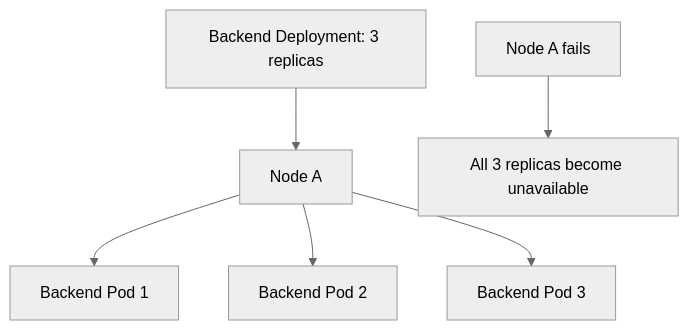
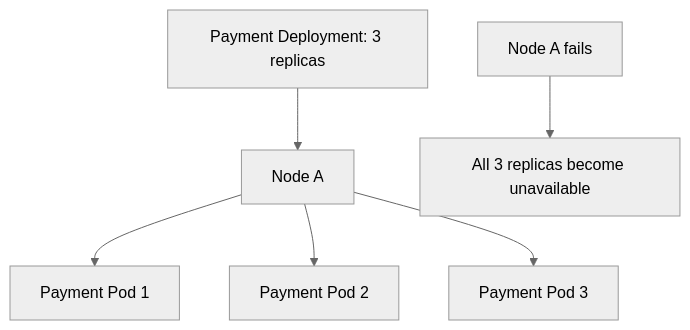
One commit to Mi2-Business-Solutions/kubernetes-demo changed the fifth of 9 diagrams in docs/pod-affinity-and-node-affinity.md. Above: the diagram before and after it, drawn with Mermaid (neutral theme). The commit also changed other lines of this file and 13 other files, not shown here.

````diff
--- a/docs/pod-affinity-and-node-affinity.md
+++ b/docs/pod-affinity-and-node-affinity.md
@@ -178,8 +425,9 @@
 ```mermaid
 flowchart TD
-    A["Backend Deployment: 3 replicas"] --> B["Node A"]
-    B --> C["Backend Pod 1"]
-    B --> D["Backend Pod 2"]
-    B --> E["Backend Pod 3"]
+    A["Payment Deployment: 3 replicas"] --> B["Node A"]
+    B --> C["Payment Pod 1"]
+    B --> D["Payment Pod 2"]
+    B --> E["Payment Pod 3"]
+
     F["Node A fails"] --> G["All 3 replicas become unavailable"]
 ```
````
